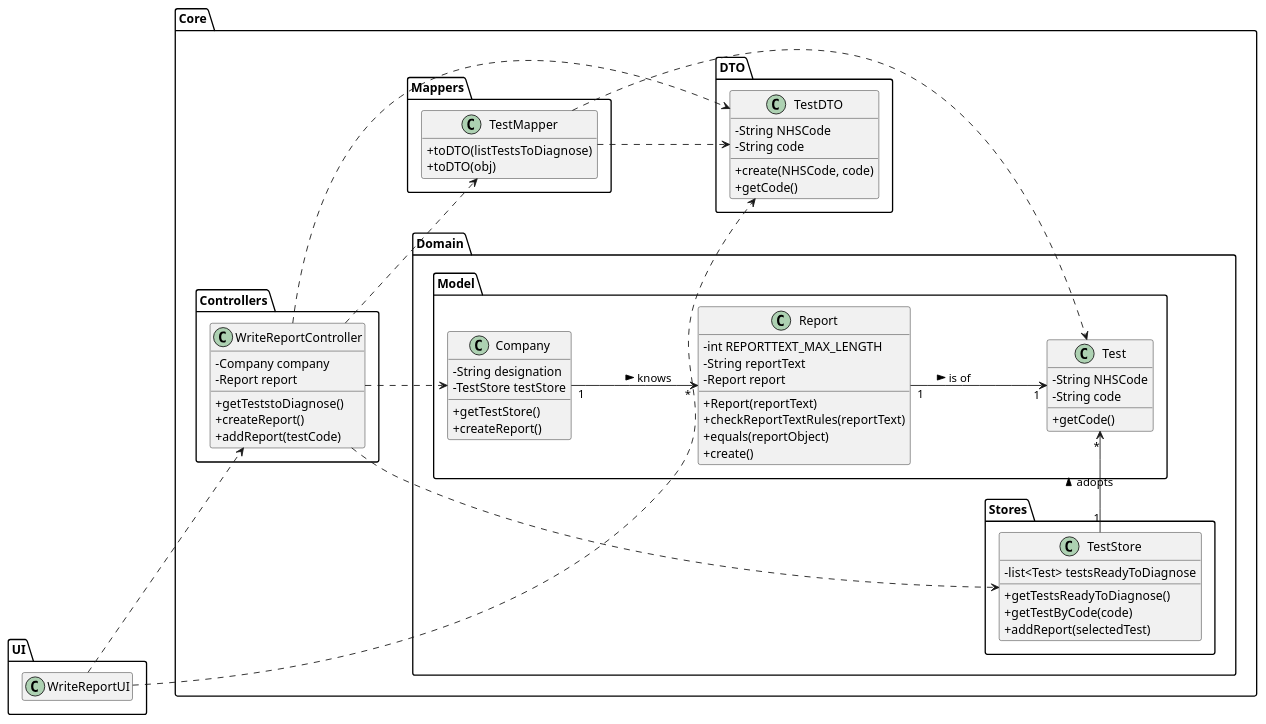
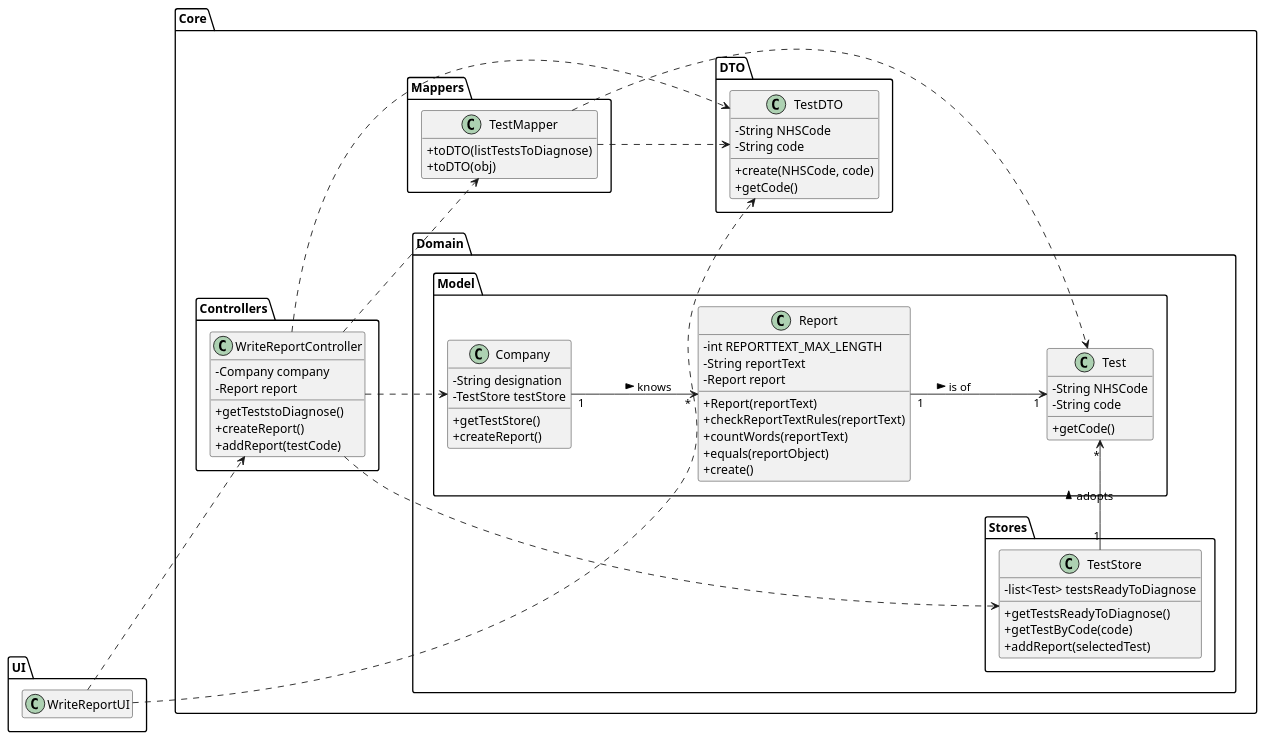
The diagram in docs/SprintC/US_14/US14_CD.puml (ana-albergaria/LAPR2-ISEP), drawn with PlantUML before and after one commit. The commit also changed 1 other file, not shown here.

```diff
--- a/docs/SprintC/US_14/US14_CD.puml
+++ b/docs/SprintC/US_14/US14_CD.puml
@@ -1,104 +1,105 @@
 @startuml
 hide empty methods
 hide empty attributes
 left to right direction
 skinparam classAttributeIconSize 0
 
 package Core {
 
 package Domain {
 
 package Model {
 
 class Company {
     -String designation
     -TestStore testStore
     +getTestStore()
     +createReport()
 }
 
 class Report {
     - int REPORTTEXT_MAX_LENGTH
     - String reportText
     - Report report
     + Report(reportText)
     + checkReportTextRules(reportText)
+    + countWords(reportText)
     + equals(reportObject)
     + create()
 }
 
 class Test {
     -String NHSCode
     -String code
     +getCode()
 }
 
 }
 
 package Stores {
 
 class TestStore {
     -list<Test> testsReadyToDiagnose
     +getTestsReadyToDiagnose()
     +getTestByCode(code)
     +addReport(selectedTest)
 }
 
 }
 
 }
 
 package Mappers {
 
 class TestMapper {
     +toDTO(listTestsToDiagnose)
     +toDTO(obj)
 }
 
 }
 
 package DTO {
 
 class TestDTO {
     -String NHSCode
     -String code
     +create(NHSCode, code)
     +getCode()
 }
 
 }
 
 package Controllers {
 
 class WriteReportController {
     -Company company
     -Report report
     +getTeststoDiagnose()
     +createReport()
     +addReport(testCode)
 }
 
 }
 
 }
 
 package UI {
 
 class WriteReportUI {
 }
 
 }
 
 WriteReportUI ..> WriteReportController
 WriteReportUI ..> TestDTO
 WriteReportController ..> TestMapper
 WriteReportController ..> Company
 WriteReportController ..> TestStore
 WriteReportController ..> TestDTO
 TestStore "1" -> "*" Test : adopts >
 Company "1" --> "*" Report : knows >
 Report "1" --> "1" Test : is of >
 TestMapper ..> Test
 TestMapper ..> TestDTO
 
 @enduml
```
